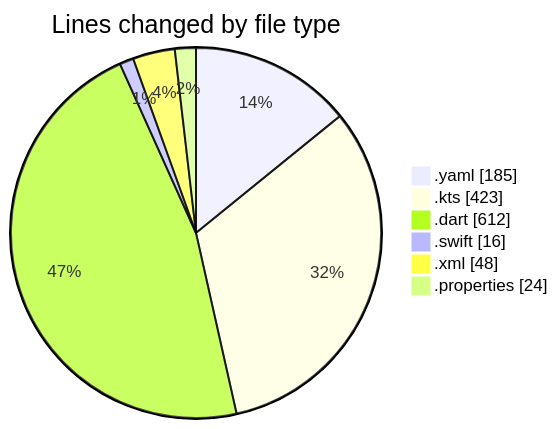
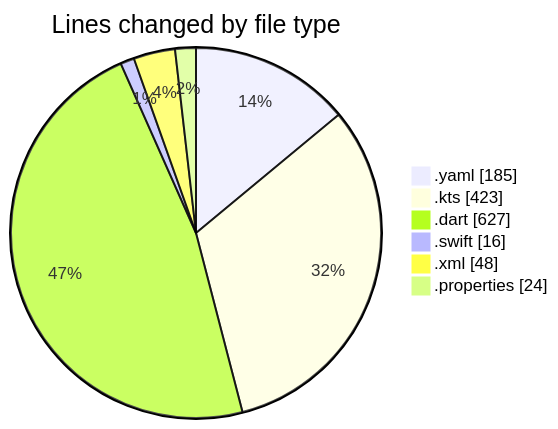
The first of 2 diagrams in 2025-02-16/uber_clone/README.md (donsfak/code-tracking), drawn with Mermaid before and after one commit. The commit also changed other lines of this file and 1 other file, not shown here.

````diff
--- a/2025-02-16/uber_clone/README.md
+++ b/2025-02-16/uber_clone/README.md
@@ -31,10 +31,10 @@
 ```mermaid
 pie showData
 title Lines changed by file type
 ".yaml" : 185
 ".kts" : 423
-".dart" : 612
+".dart" : 627
 ".swift" : 16
 ".xml" : 48
 ".properties" : 24
 ```
````
